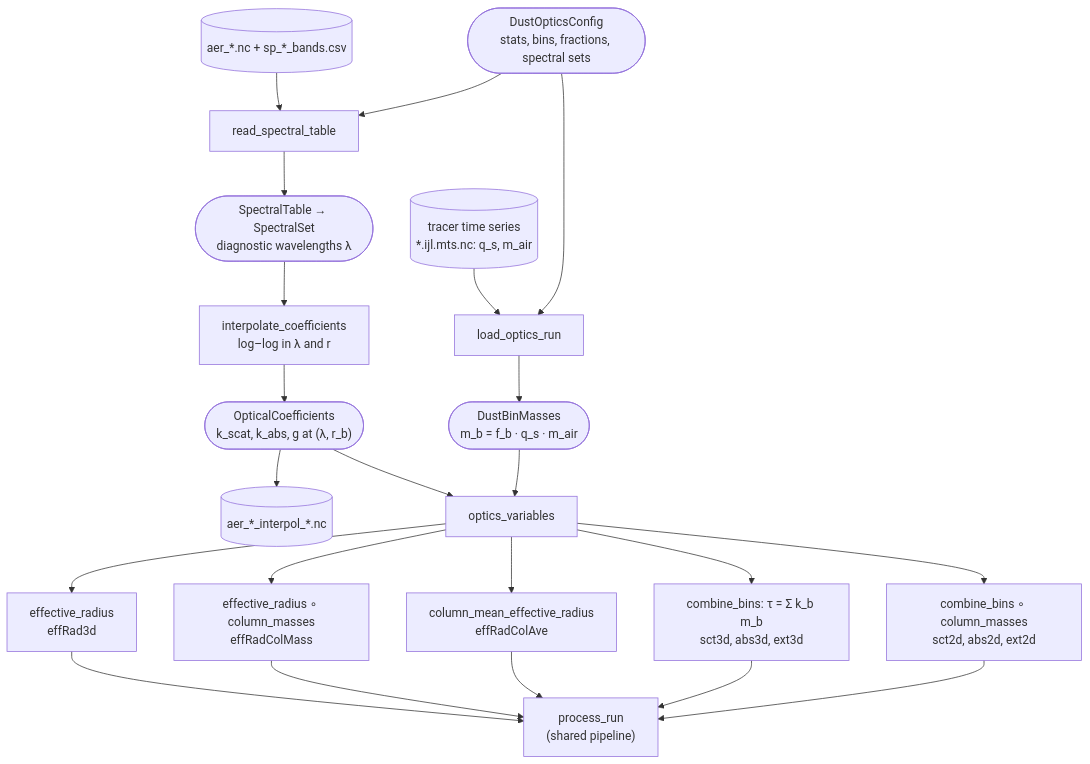
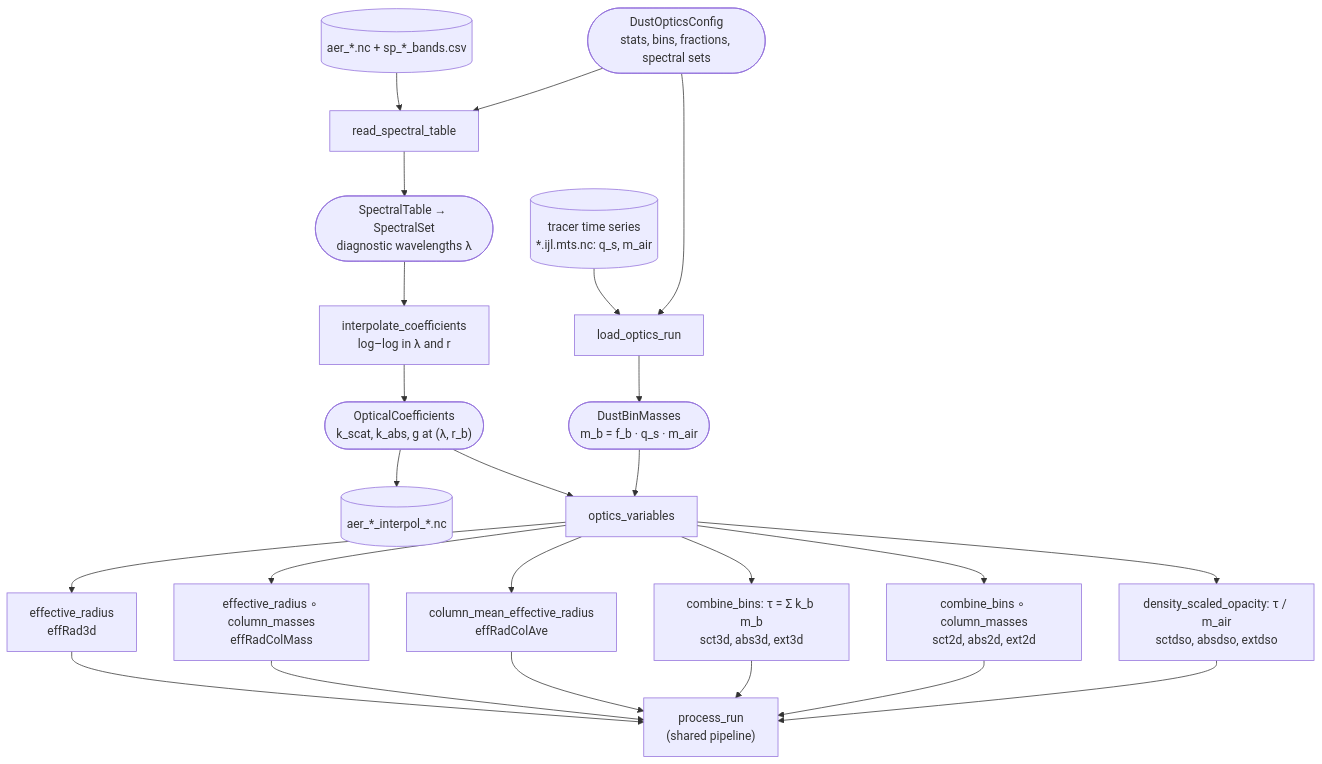
One commit to caprrepos/PlanetPostStats.jl changed the third of 5 diagrams in docs/src/flowcharts.md. Above: the diagram before and after it, drawn with Mermaid. The commit also changed other lines of this file and 6 other files, not shown here.

First line of the commit message:
DustOptics: density-scaled opacity of the layers, interpolated to pressure levels

````diff
--- a/docs/src/flowcharts.md
+++ b/docs/src/flowcharts.md
@@ -70,30 +70,31 @@
 ```mermaid
 flowchart TD
     CFG(["DustOpticsConfig<br/>stats, bins, fractions, spectral sets"])
     SP[("aer_*.nc + sp_*_bands.csv")]
     RST["read_spectral_table"]
     ST(["SpectralTable → SpectralSet<br/>diagnostic wavelengths λ"])
     IC["interpolate_coefficients<br/>log–log in λ and r"]
     OC(["OpticalCoefficients<br/>k_scat, k_abs, g at (λ, r_b)"])
     CF[("aer_*_interpol_*.nc")]
     MTS[("tracer time series<br/>*.ijl.mts.nc: q_s, m_air")]
     LOR["load_optics_run"]
     DBM(["DustBinMasses<br/>m_b = f_b · q_s · m_air"])
     OV["optics_variables"]
     R3["effective_radius<br/>effRad3d"]
     RC["effective_radius ∘ column_masses<br/>effRadColMass"]
     RA["column_mean_effective_radius<br/>effRadColAve"]
     T3["combine_bins: τ = Σ k_b m_b<br/>sct3d, abs3d, ext3d"]
     T2["combine_bins ∘ column_masses<br/>sct2d, abs2d, ext2d"]
+    DS["density_scaled_opacity: τ / m_air<br/>sctdso, absdso, extdso"]
     PR["process_run<br/>(shared pipeline)"]
 
     SP --> RST --> ST --> IC --> OC
     CFG --> RST
     OC --> CF
     MTS --> LOR --> DBM
     CFG --> LOR
     DBM --> OV
     OC --> OV
-    OV --> R3 & RC & RA & T3 & T2
-    R3 & RC & RA & T3 & T2 --> PR
+    OV --> R3 & RC & RA & T3 & T2 & DS
+    R3 & RC & RA & T3 & T2 & DS --> PR
 ```
````
